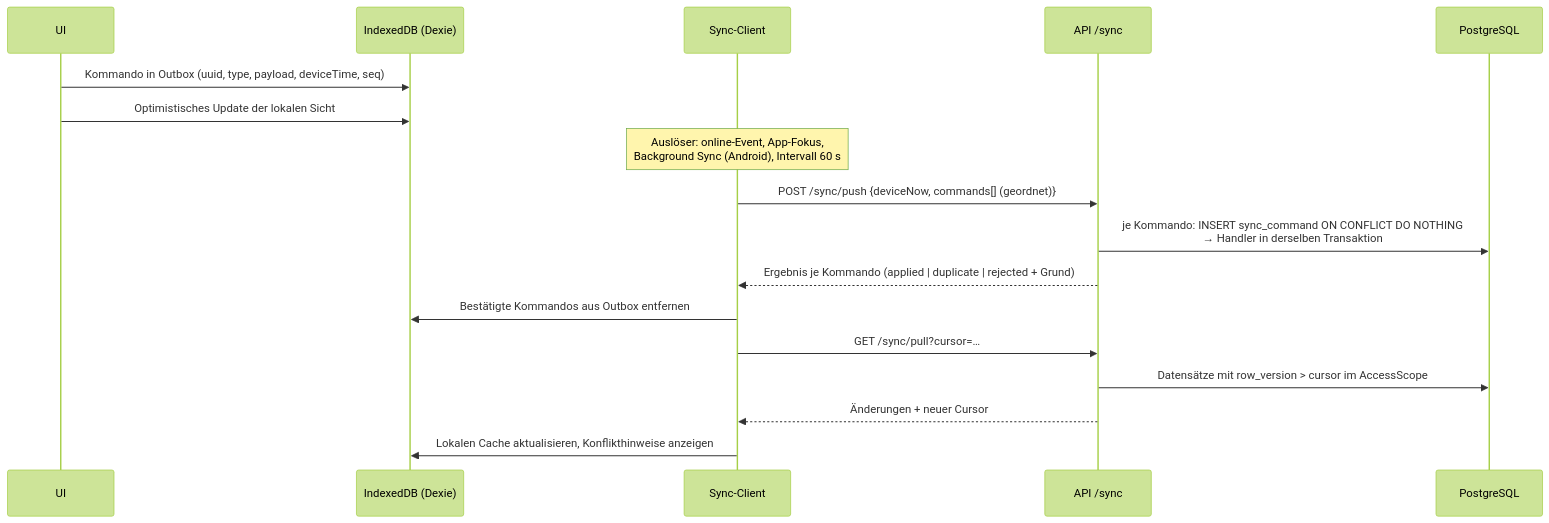
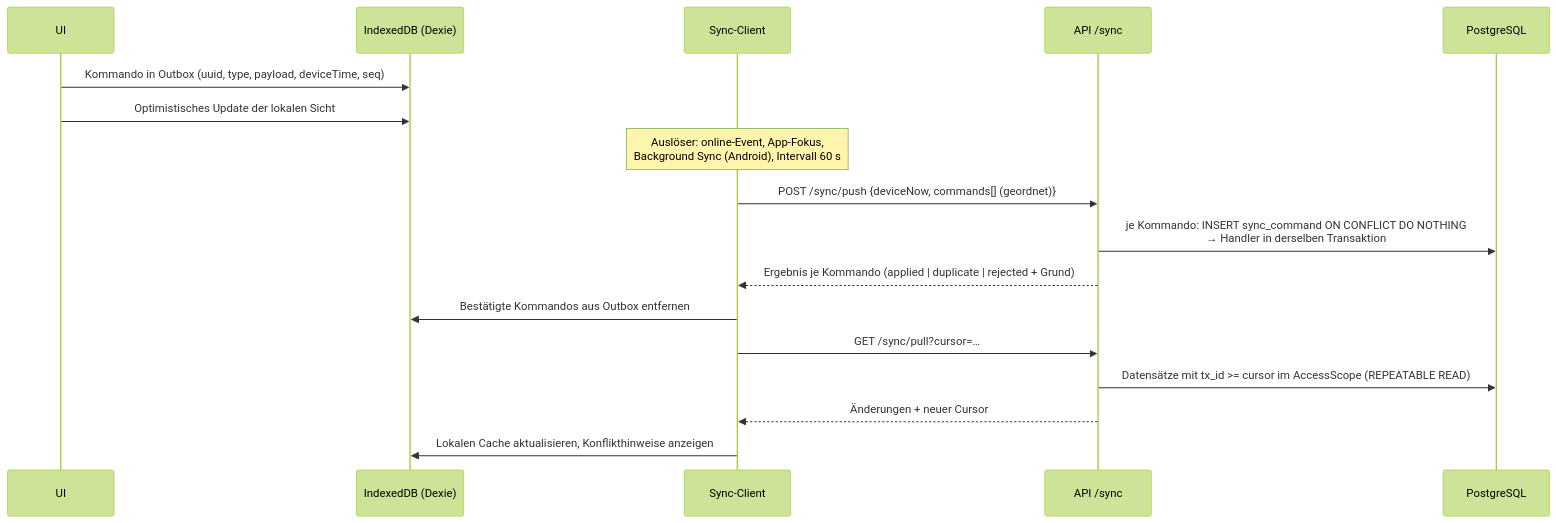
The third of 4 diagrams in docs/ARCHITEKTUR.md (dschroeder-hash/schroeder-monteur-app), drawn with Mermaid (forest theme) before and after one commit. The commit also changed other lines of this file and 39 other files, not shown here.

````diff
--- a/docs/ARCHITEKTUR.md
+++ b/docs/ARCHITEKTUR.md
@@ -444,20 +444,20 @@
 ```mermaid
 sequenceDiagram
   participant UI as UI
   participant IDB as IndexedDB (Dexie)
   participant SYNC as Sync-Client
   participant API as API /sync
   participant PG as PostgreSQL
 
   UI->>IDB: Kommando in Outbox (uuid, type, payload, deviceTime, seq)
   UI->>IDB: Optimistisches Update der lokalen Sicht
   Note over SYNC: Auslöser: online-Event, App-Fokus,<br/>Background Sync (Android), Intervall 60 s
   SYNC->>API: POST /sync/push {deviceNow, commands[] (geordnet)}
   API->>PG: je Kommando: INSERT sync_command ON CONFLICT DO NOTHING<br/>→ Handler in derselben Transaktion
   API-->>SYNC: Ergebnis je Kommando (applied | duplicate | rejected + Grund)
   SYNC->>IDB: Bestätigte Kommandos aus Outbox entfernen
   SYNC->>API: GET /sync/pull?cursor=…
-  API->>PG: Datensätze mit row_version > cursor im AccessScope
+  API->>PG: Datensätze mit tx_id >= cursor im AccessScope (REPEATABLE READ)
   API-->>SYNC: Änderungen + neuer Cursor
   SYNC->>IDB: Lokalen Cache aktualisieren, Konflikthinweise anzeigen
 ```
````
